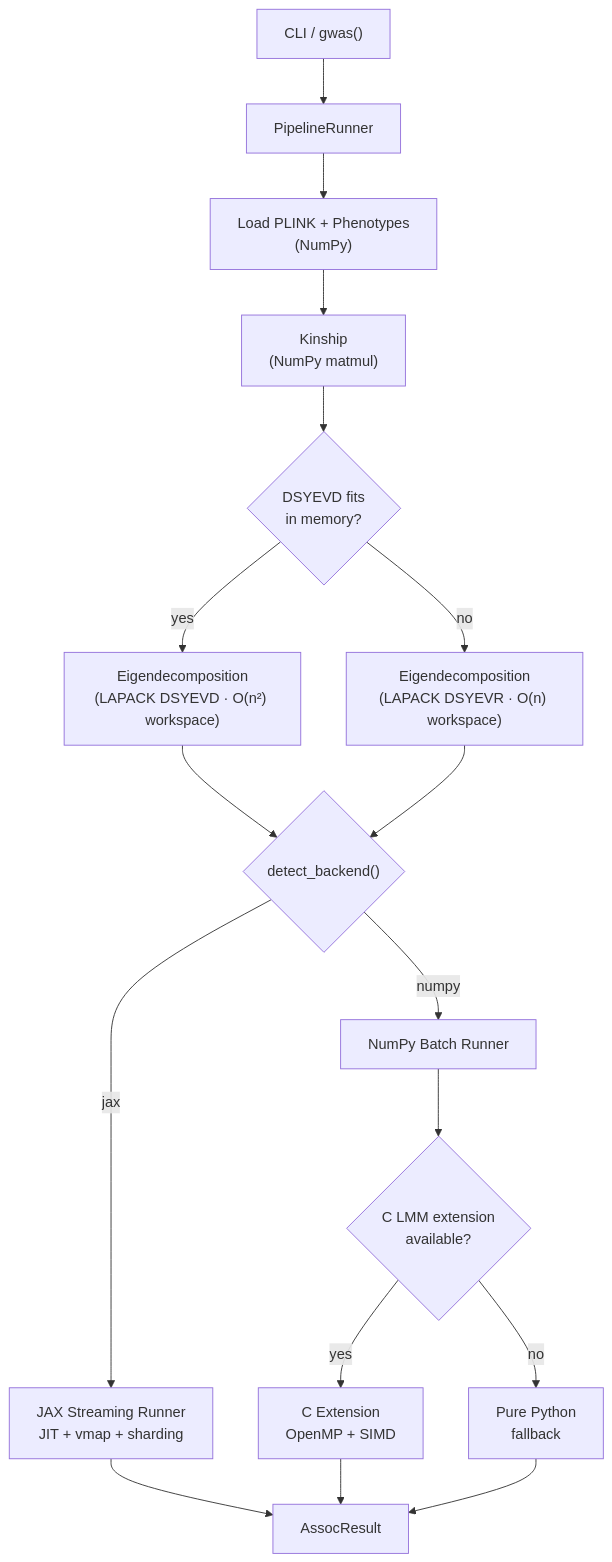
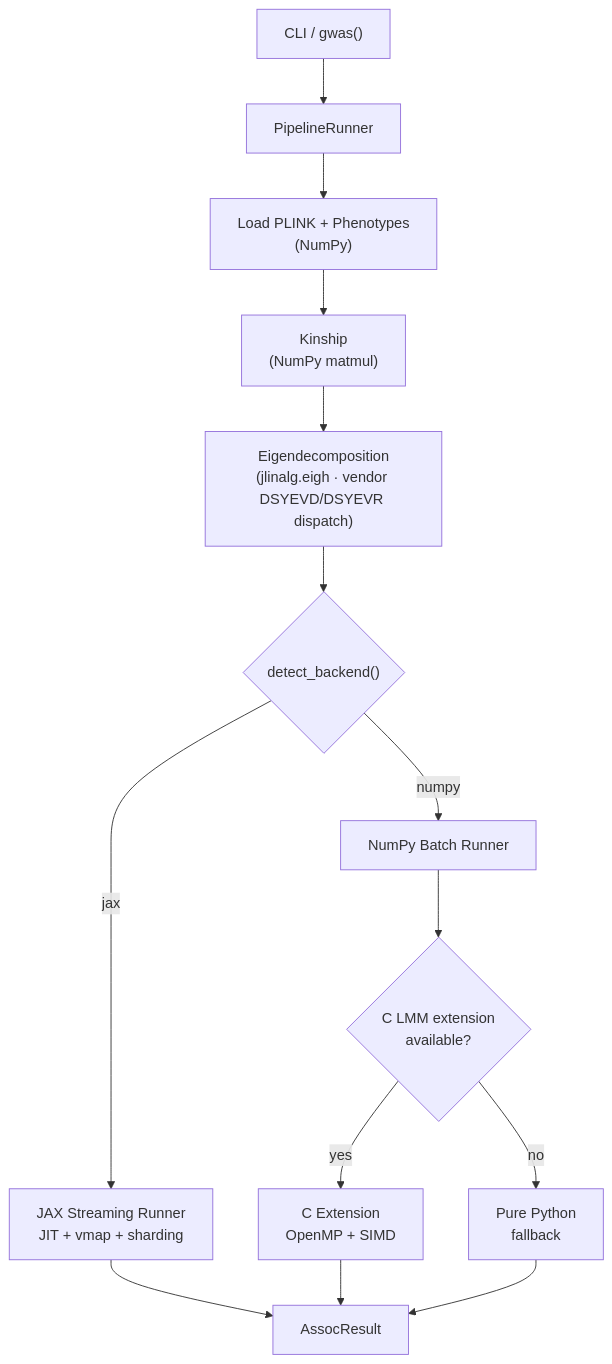
The diagram in README.md (michael-denyer/jamma), drawn with Mermaid before and after one commit. The commit also changed other lines of this file and 90 other files, not shown here.

````diff
--- a/README.md
+++ b/README.md
@@ -310,19 +311,16 @@
 ```mermaid
 flowchart TD
     CLI["CLI / gwas()"] --> PIPE["PipelineRunner"]
     PIPE --> LOAD["Load PLINK + Phenotypes<br>(NumPy)"]
     LOAD --> KIN["Kinship<br>(NumPy matmul)"]
-    KIN --> EIGMEM{"DSYEVD fits<br>in memory?"}
-    EIGMEM -->|yes| EIGD["Eigendecomposition<br>(LAPACK DSYEVD · O(n²) workspace)"]
-    EIGMEM -->|no| EIGR["Eigendecomposition<br>(LAPACK DSYEVR · O(n) workspace)"]
-    EIGD --> DET{"detect_backend()"}
-    EIGR --> DET
+    KIN --> EIG["Eigendecomposition<br>(jlinalg.eigh · vendor DSYEVD/DSYEVR dispatch)"]
+    EIG --> DET{"detect_backend()"}
     DET -->|"jax"| JAX["JAX Streaming Runner<br>JIT + vmap + sharding"]
     DET -->|"numpy"| NP["NumPy Batch Runner"]
     NP --> CEXT{"C LMM extension<br>available?"}
     CEXT -->|yes| C["C Extension<br>OpenMP + SIMD"]
     CEXT -->|no| PY["Pure Python<br>fallback"]
     JAX --> RES["AssocResult"]
     C --> RES
     PY --> RES
 ```
````
